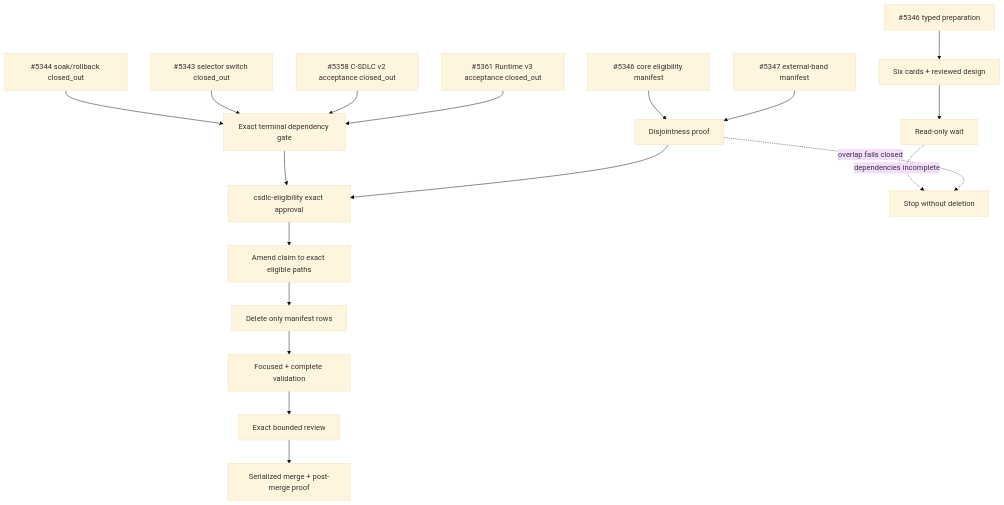
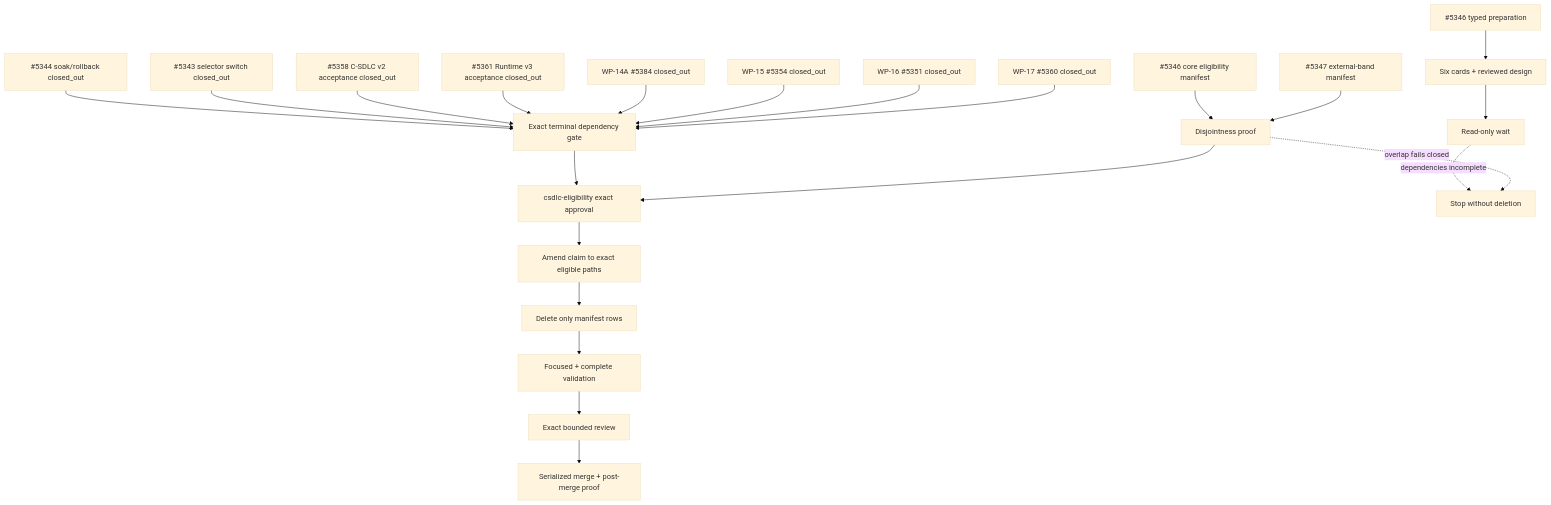
Before and after one commit to agent-logic/agent-design-language: the diagram in .csdlc/prepared/issues/5346/diagram.mmd, drawn with Mermaid (base theme). The commit also changed 17 other files, not shown here.

```diff
--- a/.csdlc/prepared/issues/5346/diagram.mmd
+++ b/.csdlc/prepared/issues/5346/diagram.mmd
@@ -1,18 +1,22 @@
 flowchart TD
   P["#5346 typed preparation"] --> C["Six cards + reviewed design"]
   D1["#5344 soak/rollback closed_out"] --> G["Exact terminal dependency gate"]
   D2["#5343 selector switch closed_out"] --> G
   D3["#5358 C-SDLC v2 acceptance closed_out"] --> G
   D4["#5361 Runtime v3 acceptance closed_out"] --> G
+  D5["WP-14A #5384 closed_out"] --> G
+  D6["WP-15 #5354 closed_out"] --> G
+  D7["WP-16 #5351 closed_out"] --> G
+  D8["WP-17 #5360 closed_out"] --> G
   M46["#5346 core eligibility manifest"] --> X["Disjointness proof"]
   M47["#5347 external-band manifest"] --> X
   C --> W["Read-only wait"]
   G --> E["csdlc-eligibility exact approval"]
   X --> E
   E --> A["Amend claim to exact eligible paths"]
   A --> R["Delete only manifest rows"]
   R --> V["Focused + complete validation"]
   V --> Q["Exact bounded review"]
   Q --> S["Serialized merge + post-merge proof"]
   W -. "dependencies incomplete" .-> B["Stop without deletion"]
   X -. "overlap fails closed" .-> B
```
